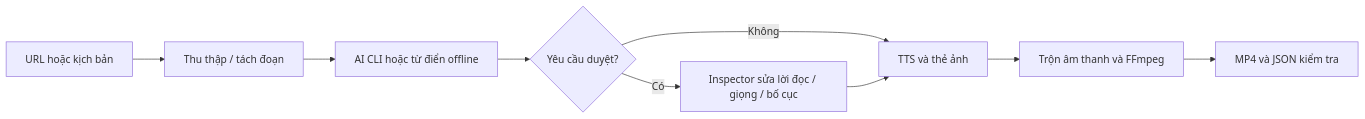
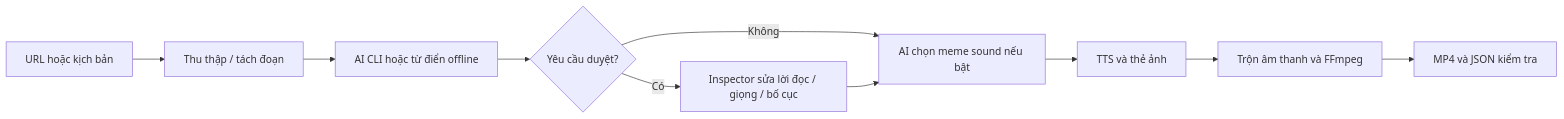
One commit to minphuc2408/Forme changed the diagram in docs/project/architecture.md. Above: the diagram before and after it, drawn with Mermaid. The commit also changed other lines of this file and 54 other files, not shown here.

Commit message:
Add web studio, persistent jobs, AI usage and meme sound support

````diff
--- a/docs/project/architecture.md
+++ b/docs/project/architecture.md
@@ -12,11 +17,12 @@
 ```mermaid
 flowchart LR
     A[URL hoặc kịch bản] --> B[Thu thập / tách đoạn]
     B --> C[AI CLI hoặc từ điển offline]
     C --> D{Yêu cầu duyệt?}
     D -->|Có| E[Inspector sửa lời đọc / giọng / bố cục]
-    D -->|Không| F[TTS và thẻ ảnh]
-    E --> F
+    D -->|Không| M[AI chọn meme sound nếu bật]
+    E --> M
+    M --> F[TTS và thẻ ảnh]
     F --> G[Trộn âm thanh và FFmpeg]
     G --> H[MP4 và JSON kiểm tra]
 ```
````
